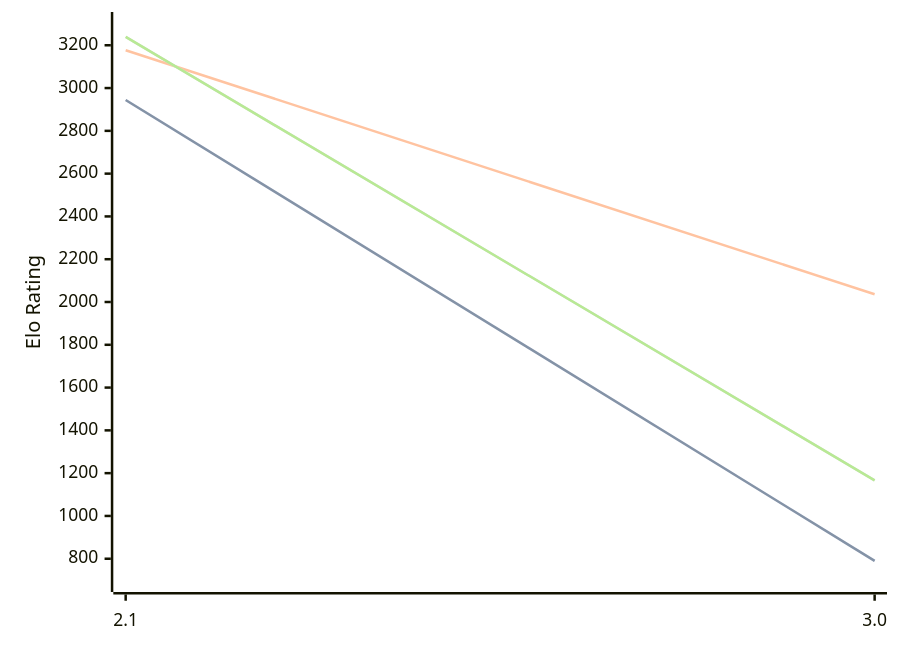
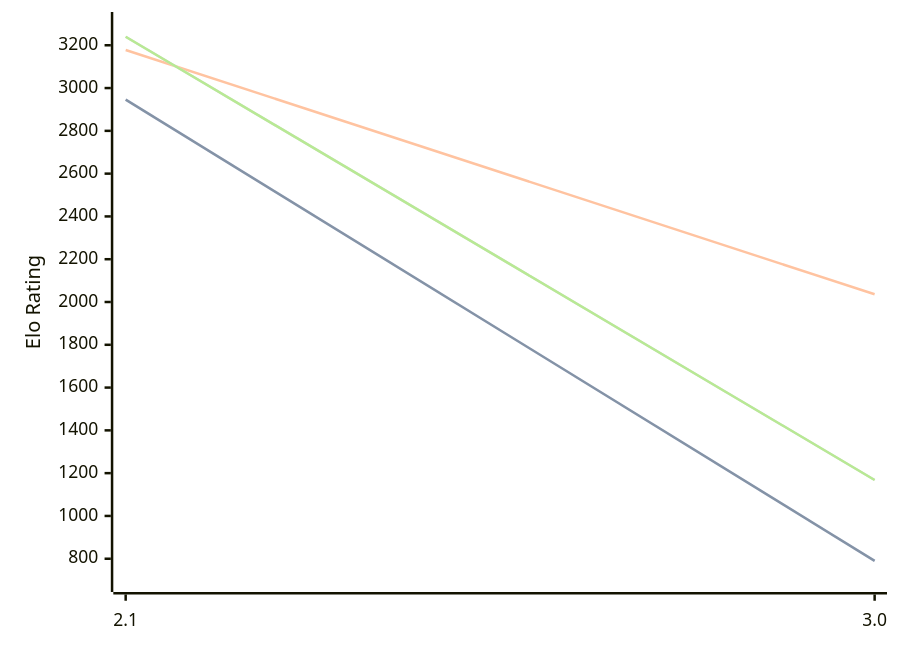
Before and after one commit to computer-chess-index/cci: the diagram in engines/Quirky.md, drawn with Mermaid. The commit also changed other lines of this file, not shown here.

Commit message:
Update CCI Ratings (ELO VLTC) - 2026-07-23

````diff
--- a/engines/Quirky.md
+++ b/engines/Quirky.md
@@ -34,11 +34,11 @@
 ```mermaid
 %%{init: {"theme":"base","themeVariables":{"seriesColors:['#a3a3a3','#222221','#faa371']}}}%%
 xychart-beta
   x-axis ["2.1", "3.0"]
   y-axis "Elo Rating" 700 --> 3300
-  line "STC (8.0+0.08s)" [2944, 790]
-  line "STC (8.0+0.08s)" [2944, 790]
-  line "LTC (60.0+0.60s)" [3177, 2036]
-  line "VLTC (2m24s+1.12s)" [3239, 1166]
-  line "VLTC (2m24s+1.12s)" [3239, 1166]
+  line "STC (8.0+0.08s)" [2946, 790]
+  line "STC (8.0+0.08s)" [2946, 790]
+  line "LTC (60.0+0.60s)" [3178, 2036]
+  line "VLTC (2m24s+1.12s)" [3240, 1168]
+  line "VLTC (2m24s+1.12s)" [3240, 1168]
 ```
````
